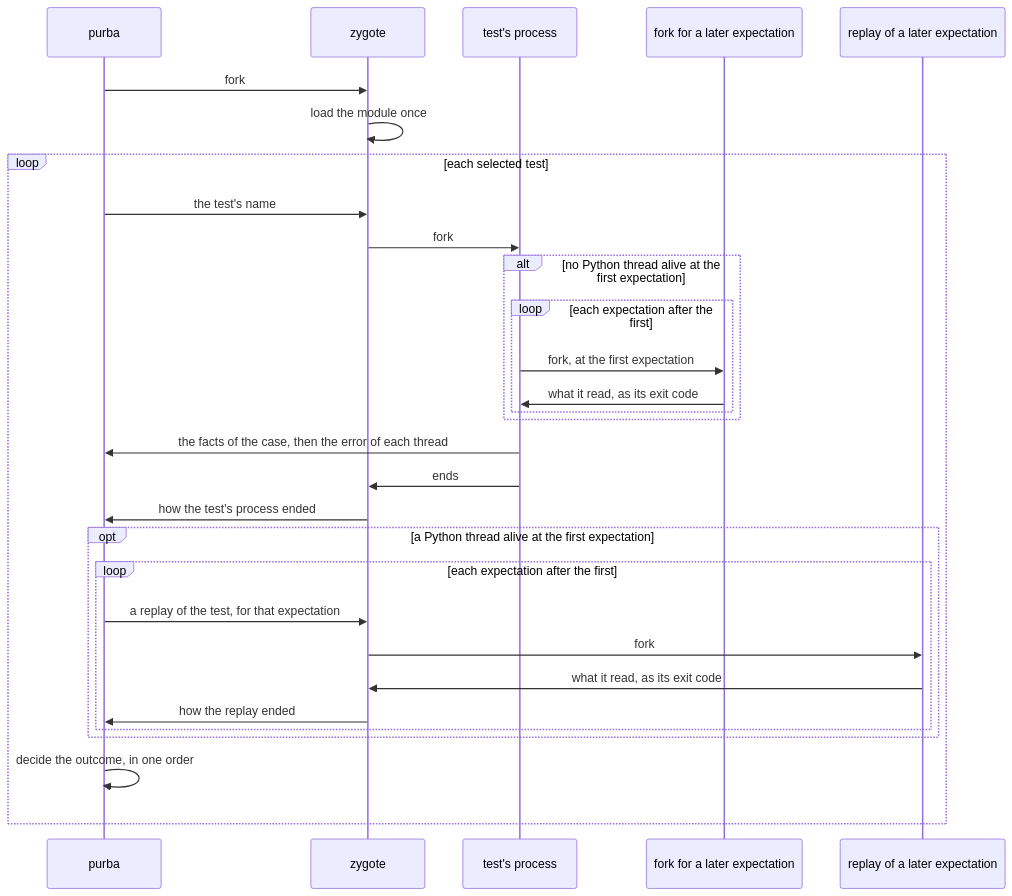
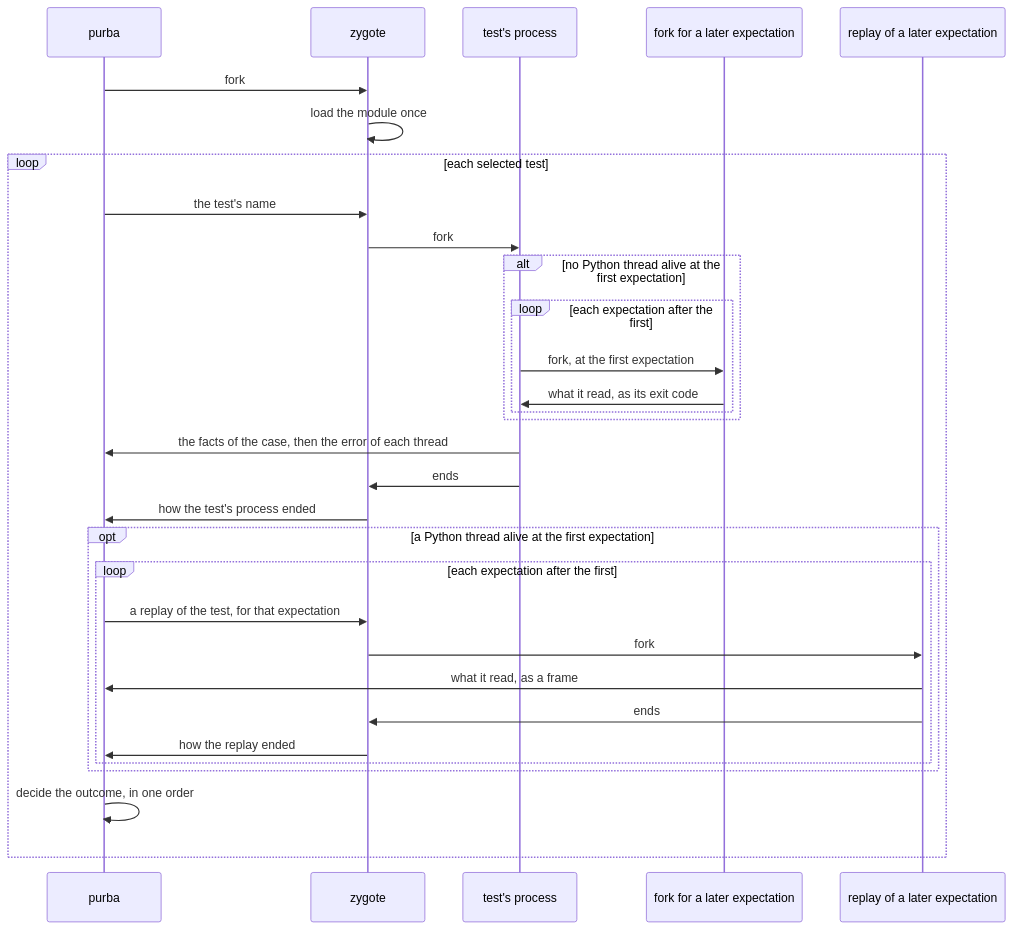
The diagram in docs/decisions/each-test-runs-in-a-process-of-its-own.md (kalonji-tools/purba), drawn with Mermaid before and after one commit. The commit also changed other lines of this file and 25 other files, not shown here.

````diff
--- a/docs/decisions/each-test-runs-in-a-process-of-its-own.md
+++ b/docs/decisions/each-test-runs-in-a-process-of-its-own.md
@@ -45,32 +46,33 @@
 ```mermaid
 sequenceDiagram
   participant purba
   participant zygote
   participant test as test's process
   participant alone as fork for a later expectation
   participant replay as replay of a later expectation
   purba->>zygote: fork
   zygote->>zygote: load the module once
   loop each selected test
     purba->>zygote: the test's name
     zygote->>test: fork
     alt no Python thread alive at the first expectation
       loop each expectation after the first
         test->>alone: fork, at the first expectation
         alone->>test: what it read, as its exit code
       end
     end
     test->>purba: the facts of the case, then the error of each thread
     test->>zygote: ends
     zygote->>purba: how the test's process ended
     opt a Python thread alive at the first expectation
       loop each expectation after the first
         purba->>zygote: a replay of the test, for that expectation
         zygote->>replay: fork
-        replay->>zygote: what it read, as its exit code
+        replay->>purba: what it read, as a frame
+        replay->>zygote: ends
         zygote->>purba: how the replay ended
       end
     end
     purba->>purba: decide the outcome, in one order
   end
 ```
````
